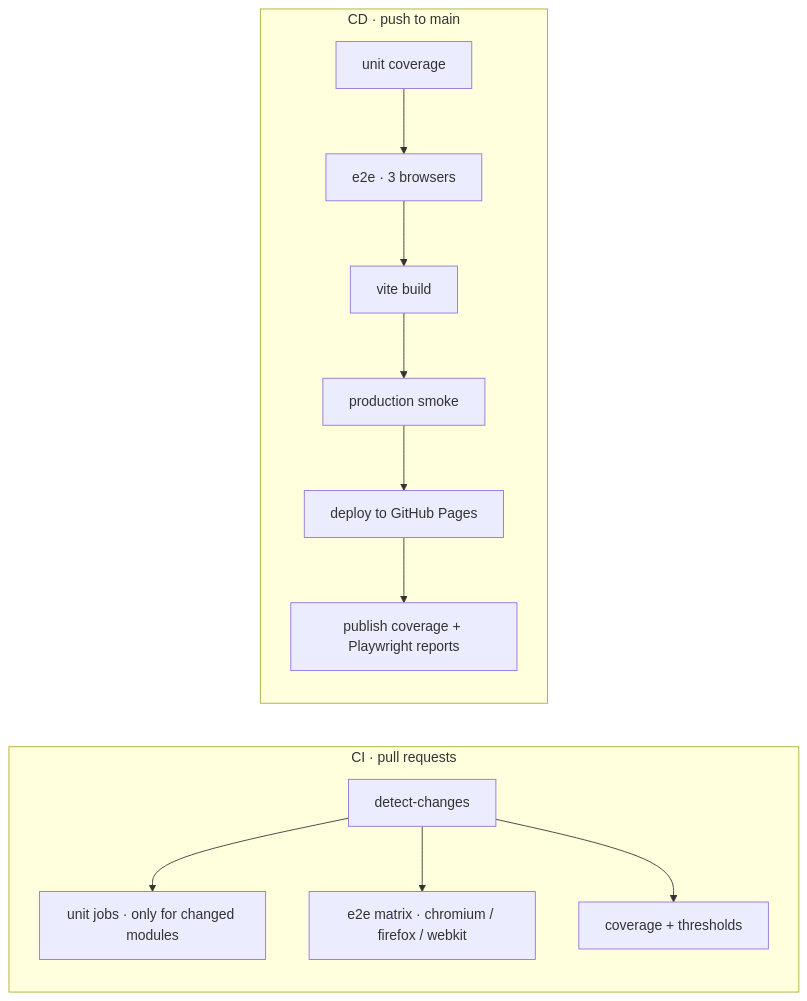
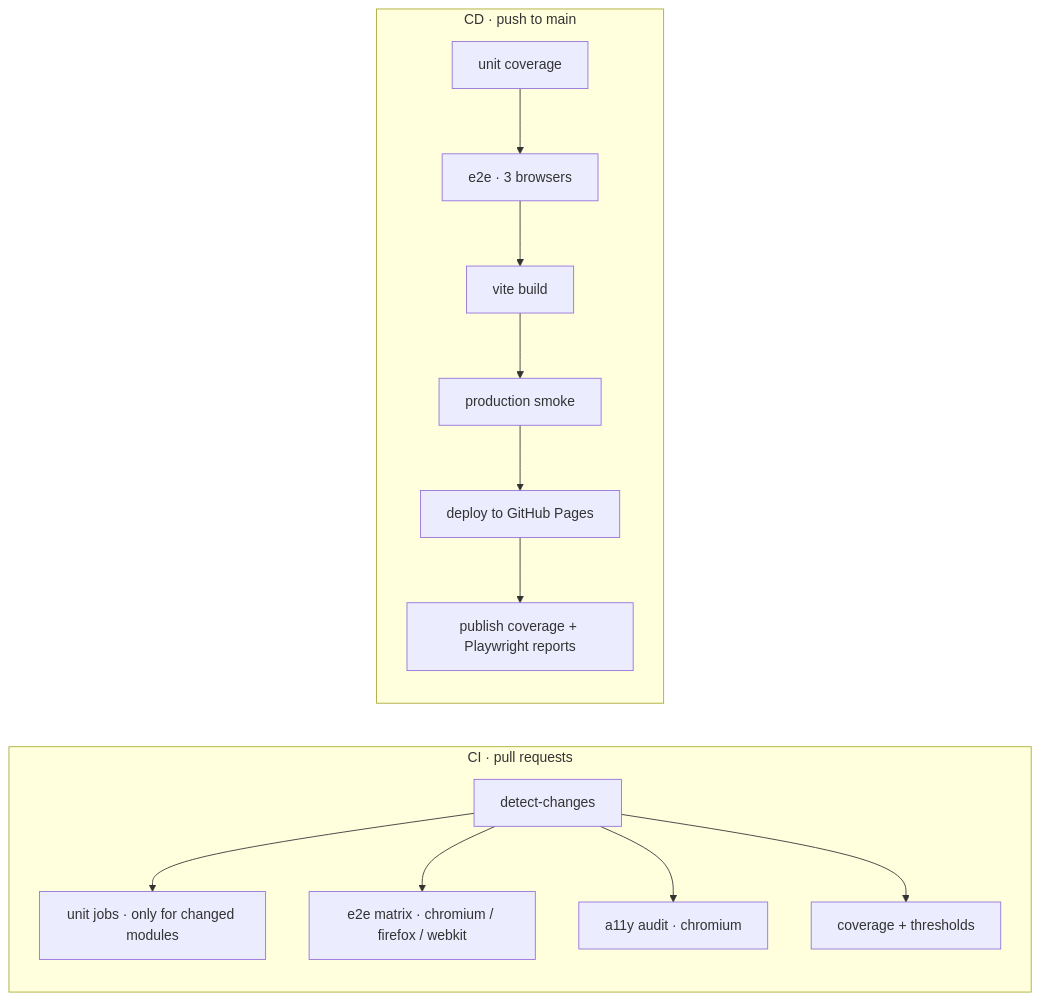
Before and after one commit to rio-ap/web-playground: the diagram in README.md, drawn with Mermaid. The commit also changed other lines of this file, not shown here.

````diff
--- a/README.md
+++ b/README.md
@@ -69,11 +69,12 @@
 ```mermaid
 flowchart LR
   subgraph CI["CI · pull requests"]
     A[detect-changes] --> U["unit jobs · only for changed modules"]
     A --> E["e2e matrix · chromium / firefox / webkit"]
+    A --> X["a11y audit · chromium"]
     A --> V["coverage + thresholds"]
   end
   subgraph CD["CD · push to main"]
     T[unit coverage] --> P["e2e · 3 browsers"] --> B[vite build] --> S["production smoke"] --> D["deploy to GitHub Pages"] --> R["publish coverage + Playwright reports"]
   end
 ```
````
